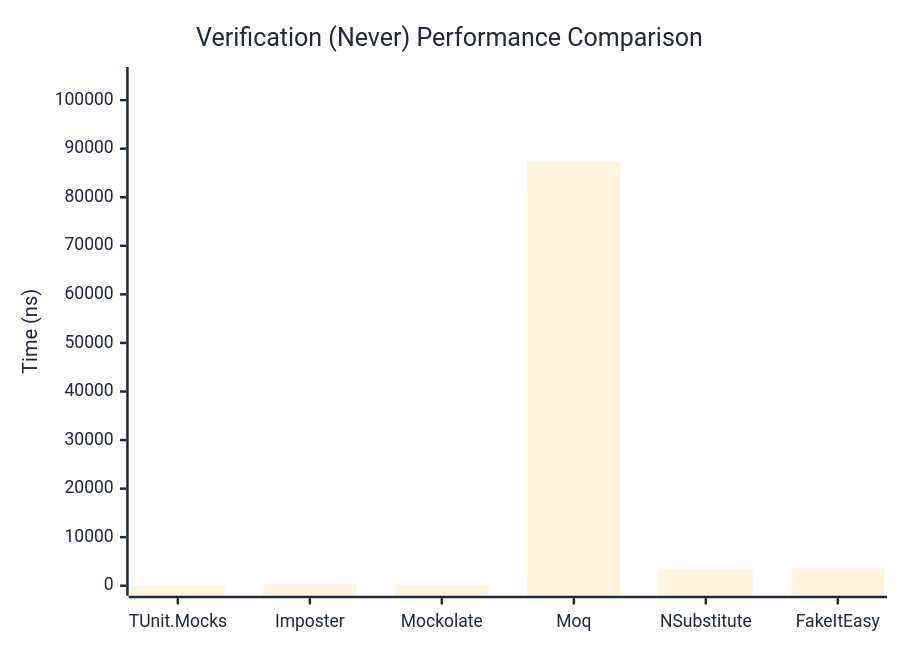
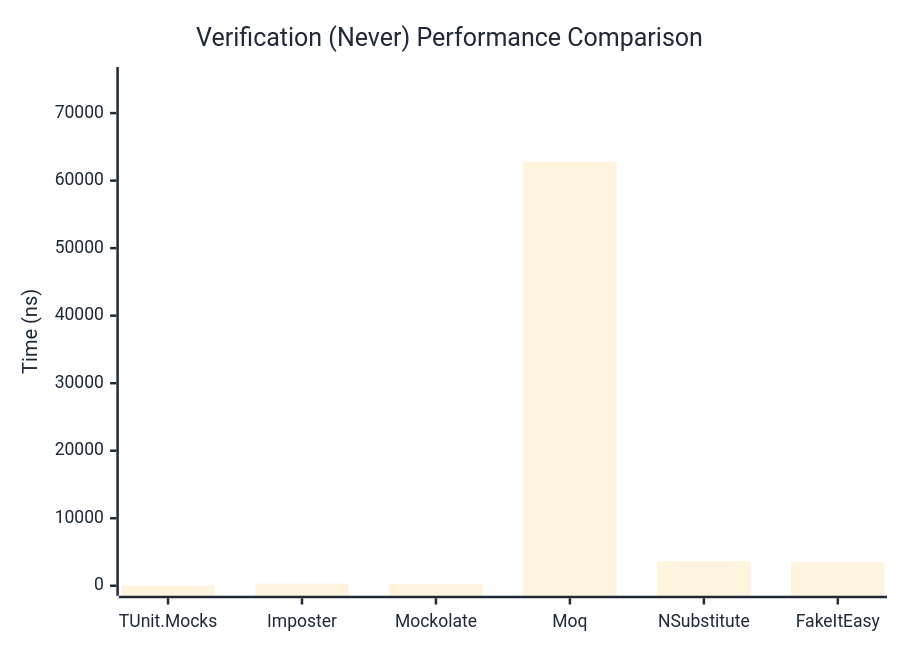
Before and after one commit to thomhurst/TUnit: the second of 3 diagrams in docs/docs/benchmarks/mocks/Verification.md, drawn with Mermaid. The commit also changed other lines of this file and 14 other files, not shown here.

````diff
--- a/docs/docs/benchmarks/mocks/Verification.md
+++ b/docs/docs/benchmarks/mocks/Verification.md
@@ -69,27 +69,27 @@
 ```mermaid
 %%{init: {
   'theme':'base',
   'themeVariables': {
     'primaryColor': '#2563eb',
     'primaryTextColor': '#1f2937',
     'primaryBorderColor': '#1e40af',
     'lineColor': '#6b7280',
     'secondaryColor': '#7c3aed',
     'tertiaryColor': '#dc2626',
     'background': '#ffffff',
     'pie1': '#2563eb',
     'pie2': '#7c3aed',
     'pie3': '#dc2626',
     'pie4': '#f59e0b',
     'pie5': '#10b981',
     'pie6': '#06b6d4',
     'pie7': '#ec4899',
     'pie8': '#6366f1'
   }
 }}%%
 xychart-beta
   title "Verification (Never) Performance Comparison"
   x-axis ["TUnit.Mocks", "Imposter", "Mockolate", "Moq", "NSubstitute", "FakeItEasy"]
-  y-axis "Time (ns)" 0 --> 104765
-  bar [46.25, 303.43, 225.65, 87303.66, 3504.29, 3573.1]
+  y-axis "Time (ns)" 0 --> 75347
+  bar [51.52, 320.22, 254.2, 62788.56, 3628.13, 3479.17]
 ```
````
